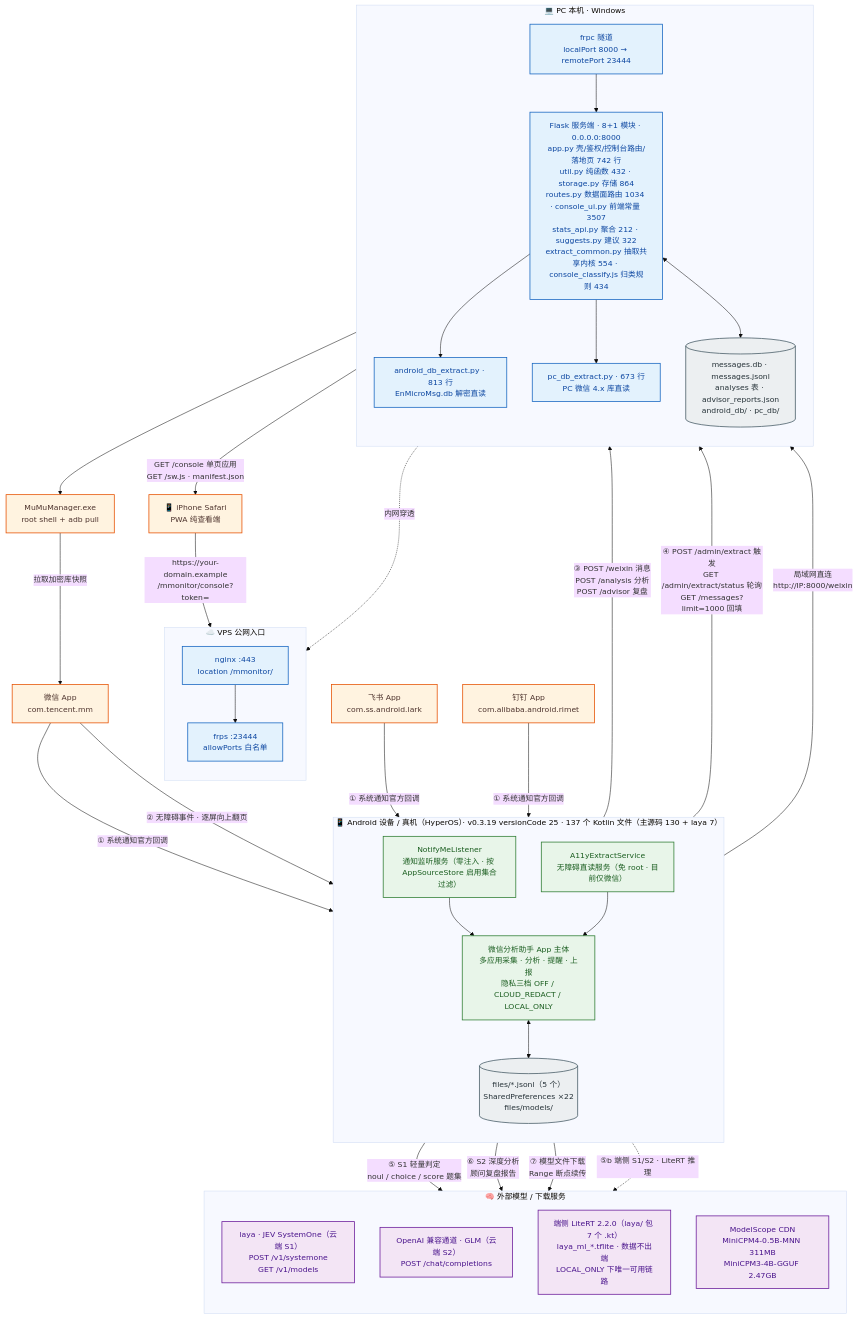
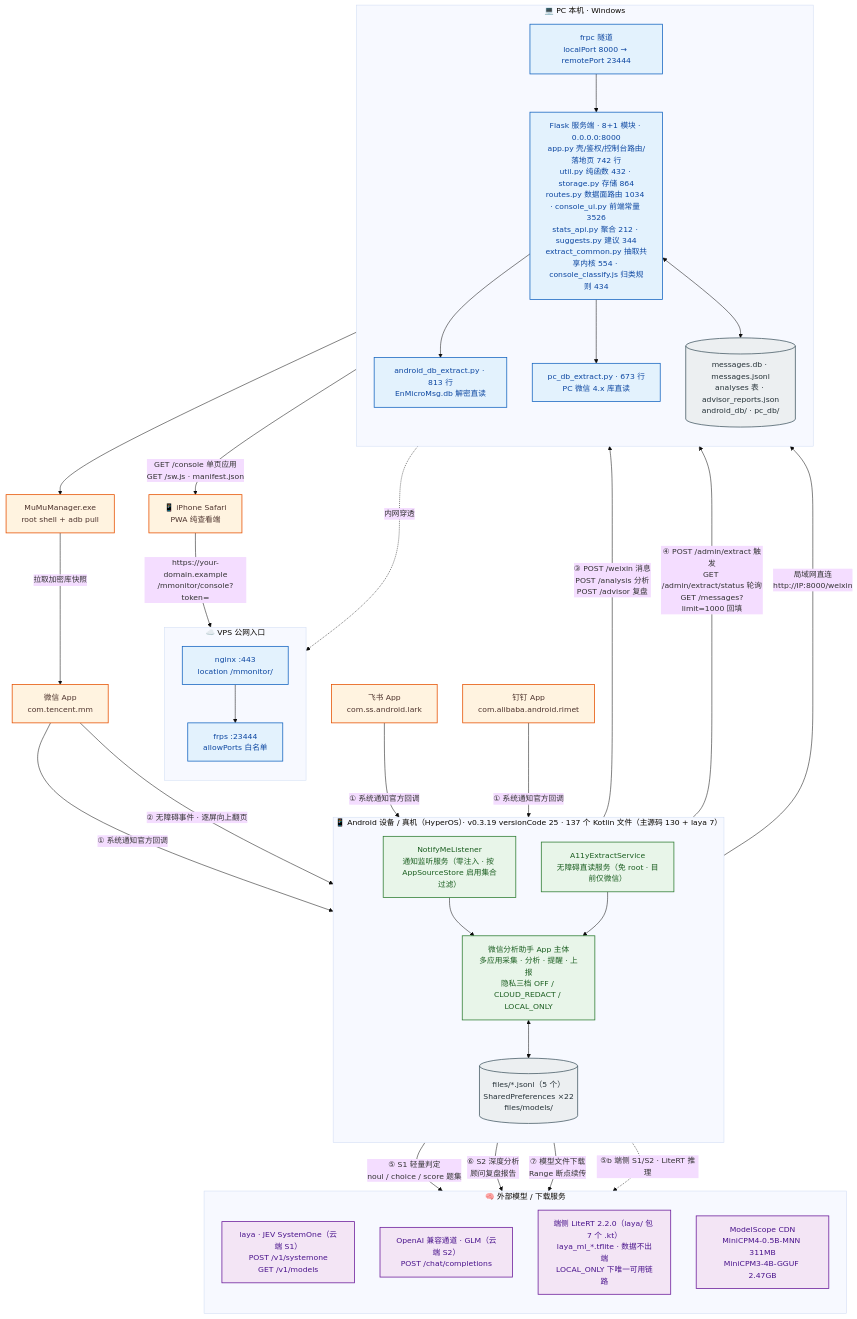
The diagram in docs/architecture/diagrams/01-system-context.mmd (solidjoker/notifyme), drawn with Mermaid before and after one commit. The commit also changed 14 other files, not shown here.

```diff
--- a/docs/architecture/diagrams/01-system-context.mmd
+++ b/docs/architecture/diagrams/01-system-context.mmd
@@ -1,70 +1,70 @@
 %%{init: {'theme':'base','themeVariables':{'fontSize':'15px','fontFamily':'Microsoft YaHei, PingFang SC, sans-serif'},'flowchart':{'htmlLabels':true,'curve':'basis'}}}%%
 flowchart TB
     classDef ext  fill:#fff3e0,stroke:#e65100,stroke-width:1.5px,color:#4e342e
     classDef app  fill:#e8f5e9,stroke:#2e7d32,stroke-width:1.5px,color:#1b5e20
     classDef srv  fill:#e3f2fd,stroke:#1565c0,stroke-width:1.5px,color:#0d47a1
     classDef llm  fill:#f3e5f5,stroke:#6a1b9a,stroke-width:1.5px,color:#4a148c
     classDef store fill:#eceff1,stroke:#455a64,stroke-width:1.5px,color:#263238
 
     WX["微信 App<br/>com.tencent.mm"]:::ext
     FS["飞书 App<br/>com.ss.android.lark"]:::ext
     DT["钉钉 App<br/>com.alibaba.android.rimet"]:::ext
 
     subgraph DEV["📱 Android 设备 / 真机（HyperOS）· v0.3.19 versionCode 25 · 137 个 Kotlin 文件（主源码 130 + laya 7）"]
         direction TB
         NL["NotifyMeListener<br/>通知监听服务（零注入 · 按 AppSourceStore 启用集合过滤）"]:::app
         A11Y["A11yExtractService<br/>无障碍直读服务（免 root · 目前仅微信）"]:::app
         CORE["微信分析助手 App 主体<br/>多应用采集 · 分析 · 提醒 · 上报<br/>隐私三档 OFF / CLOUD_REDACT / LOCAL_ONLY"]:::app
         STORE[("files/*.jsonl（5 个）<br/>SharedPreferences ×22<br/>files/models/")]:::store
         NL --> CORE
         A11Y --> CORE
         CORE <--> STORE
     end
 
     subgraph HOST["💻 PC 本机 · Windows"]
         direction TB
-        FLASK["Flask 服务端 · 8+1 模块 · 0.0.0.0:8000<br/>app.py 壳/鉴权/控制台路由/落地页 742 行<br/>util.py 纯函数 432 · storage.py 存储 864<br/>routes.py 数据面路由 1034 · console_ui.py 前端常量 3507<br/>stats_api.py 聚合 212 · suggests.py 建议 322<br/>extract_common.py 抽取共享内核 554 · console_classify.js 归类规则 434"]:::srv
+        FLASK["Flask 服务端 · 8+1 模块 · 0.0.0.0:8000<br/>app.py 壳/鉴权/控制台路由/落地页 742 行<br/>util.py 纯函数 432 · storage.py 存储 864<br/>routes.py 数据面路由 1034 · console_ui.py 前端常量 3526<br/>stats_api.py 聚合 212 · suggests.py 建议 344<br/>extract_common.py 抽取共享内核 554 · console_classify.js 归类规则 434"]:::srv
         ADBEX["android_db_extract.py · 813 行<br/>EnMicroMsg.db 解密直读"]:::srv
         PCEX["pc_db_extract.py · 673 行<br/>PC 微信 4.x 库直读"]:::srv
         DB[("messages.db · messages.jsonl<br/>analyses 表 · advisor_reports.json<br/>android_db/ · pc_db/")]:::store
         FRPC["frpc 隧道<br/>localPort 8000 → remotePort 23444"]:::srv
         FLASK --> ADBEX
         FLASK --> PCEX
         FLASK <--> DB
         FRPC --> FLASK
     end
 
     subgraph VPS["☁️ VPS 公网入口"]
         direction TB
         NGINX["nginx :443<br/>location /mmonitor/"]:::srv
         FRPS["frps :23444<br/>allowPorts 白名单"]:::srv
         NGINX --> FRPS
     end
 
     subgraph AI["🧠 外部模型 / 下载服务"]
         direction TB
         LAYA["laya · JEV SystemOne（云端 S1）<br/>POST /v1/systemone<br/>GET /v1/models"]:::llm
         GLM["OpenAI 兼容通道 · GLM（云端 S2）<br/>POST /chat/completions"]:::llm
         LITE["端侧 LiteRT 2.2.0（laya/ 包 7 个 .kt）<br/>laya_ml_*.tflite · 数据不出端<br/>LOCAL_ONLY 下唯一可用链路"]:::llm
         MS["ModelScope CDN<br/>MiniCPM4-0.5B-MNN 311MB<br/>MiniCPM3-4B-GGUF 2.47GB"]:::llm
     end
 
     MUMU["MuMuManager.exe<br/>root shell + adb pull"]:::ext
     IPHONE["📱 iPhone Safari<br/>PWA 纯查看端"]:::ext
 
     WX -->|"① 系统通知官方回调"| NL
     FS -->|"① 系统通知官方回调"| NL
     DT -->|"① 系统通知官方回调"| NL
     WX -->|"② 无障碍事件 · 逐屏向上翻页"| A11Y
     CORE -->|"③ POST /weixin 消息<br/>POST /analysis 分析<br/>POST /advisor 复盘"| FLASK
     CORE -->|"④ POST /admin/extract 触发<br/>GET /admin/extract/status 轮询<br/>GET /messages?limit=1000 回填"| FLASK
     CORE -->|"⑤ S1 轻量判定<br/>noul / choice / score 题集"| LAYA
     CORE -->|"⑥ S2 深度分析<br/>顾问复盘报告"| GLM
     CORE -->|"⑦ 模型文件下载<br/>Range 断点续传"| MS
     CORE -.->|"⑤b 端侧 S1/S2 · LiteRT 推理"| LITE
     ADBEX --> MUMU
     MUMU -->|"拉取加密库快照"| WX
     CORE -->|"局域网直连<br/>http://IP:8000/weixin"| FLASK
     FRPC -.->|"内网穿透"| FRPS
     IPHONE -->|"https://your-domain.example<br/>/mmonitor/console?token="| NGINX
     FLASK -->|"GET /console 单页应用<br/>GET /sw.js · manifest.json"| IPHONE
```
